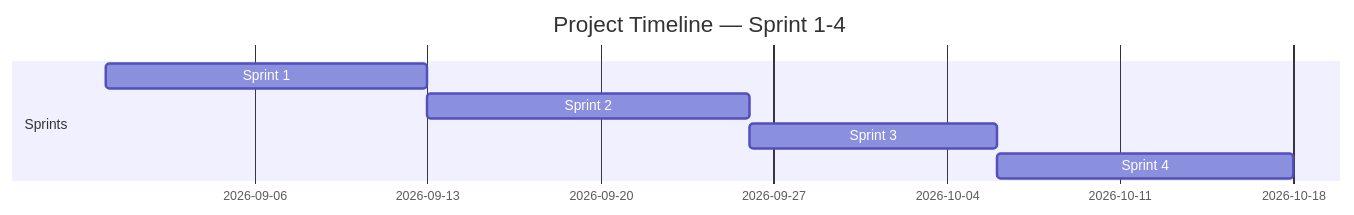
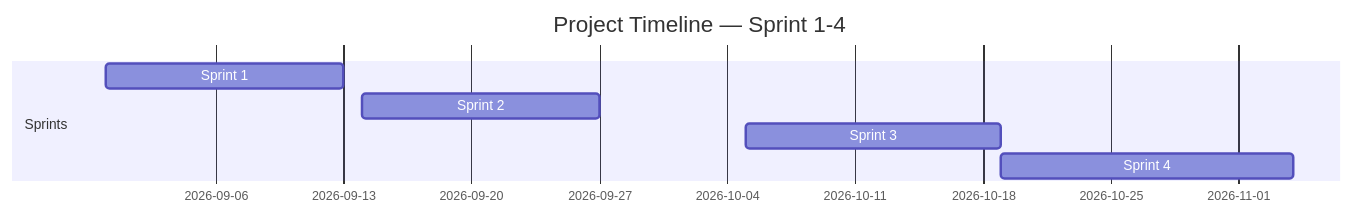
The diagram in [WhiteAgent] - game/docs/agile/02-sprint-backlog.md (Boom740/WhiteAgent), drawn with Mermaid before and after one commit. The commit also changed other lines of this file and 5 other files, not shown here.

````diff
--- a/[WhiteAgent] - game/docs/agile/02-sprint-backlog.md
+++ b/[WhiteAgent] - game/docs/agile/02-sprint-backlog.md
@@ -20,10 +20,10 @@
 ```mermaid
 gantt
     title Project Timeline — Sprint 1-4
     dateFormat  YYYY-MM-DD
     section Sprints
     Sprint 1 :s1, 2026-08-31, 13d
-    Sprint 2 :s2, after s1, 13d
-    Sprint 3 :s3, after s2, 10d
-    Sprint 4 :s4, after s3, 12d
+    Sprint 2 :s2, 2026-09-14, 13d
+    Sprint 3 :s3, 2026-10-05, 14d
+    Sprint 4 :s4, 2026-10-19, 16d
 ```
````
